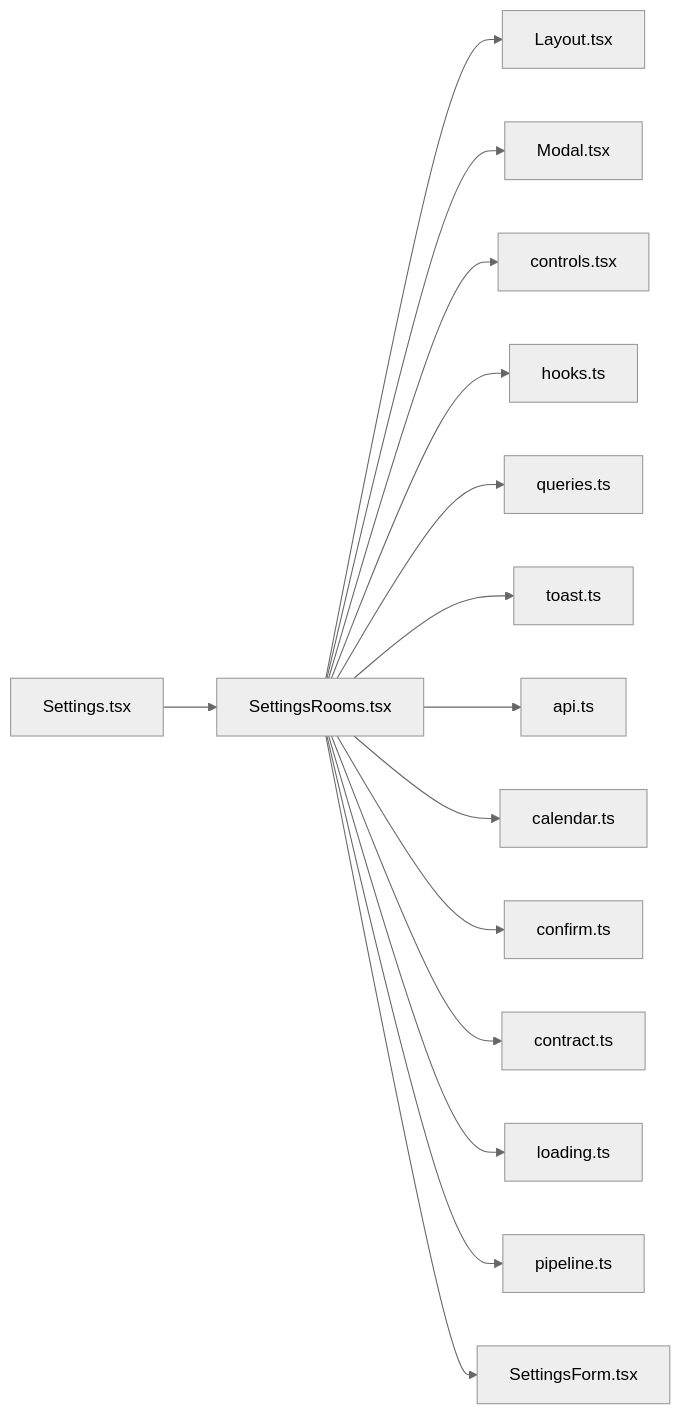
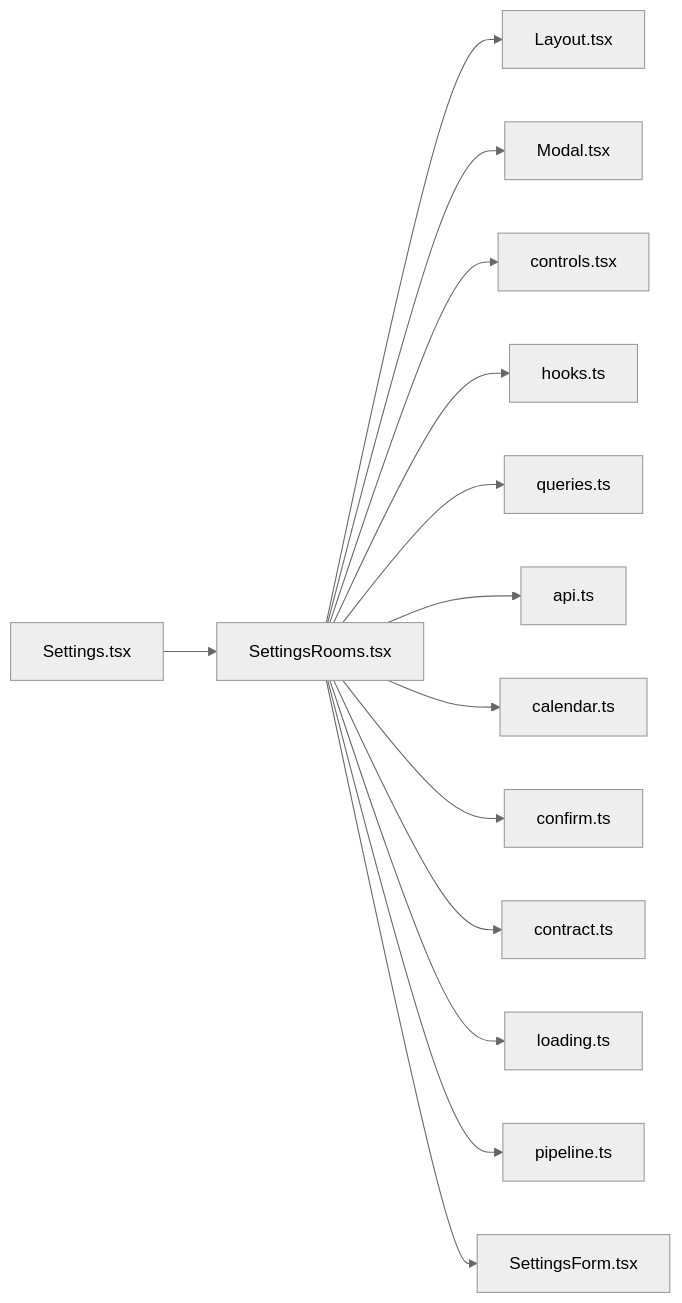
The diagram in .cluedoc/graph/frontend/src/routes/SettingsRooms.md (minkong-dev/Banblit), drawn with Mermaid (neutral theme) before and after one commit. The commit also changed other lines of this file and 15 other files, not shown here.

````diff
--- a/.cluedoc/graph/frontend/src/routes/SettingsRooms.md
+++ b/.cluedoc/graph/frontend/src/routes/SettingsRooms.md
@@ -10,18 +10,17 @@
 ```mermaid
 flowchart LR
   frontend_src_routes_SettingsRooms["SettingsRooms.tsx"]
   frontend_src_routes_SettingsRooms --> frontend_src_components_Layout["Layout.tsx"]
   frontend_src_routes_SettingsRooms --> frontend_src_components_Modal["Modal.tsx"]
   frontend_src_routes_SettingsRooms --> frontend_src_components_controls["controls.tsx"]
   frontend_src_routes_SettingsRooms --> frontend_src_components_hooks["hooks.ts"]
   frontend_src_routes_SettingsRooms --> frontend_src_components_queries["queries.ts"]
-  frontend_src_routes_SettingsRooms --> frontend_src_components_toast["toast.ts"]
   frontend_src_routes_SettingsRooms --> frontend_src_lib_api["api.ts"]
   frontend_src_routes_SettingsRooms --> frontend_src_lib_calendar["calendar.ts"]
   frontend_src_routes_SettingsRooms --> frontend_src_lib_confirm["confirm.ts"]
   frontend_src_routes_SettingsRooms --> frontend_src_lib_contract["contract.ts"]
   frontend_src_routes_SettingsRooms --> frontend_src_lib_loading["loading.ts"]
   frontend_src_routes_SettingsRooms --> frontend_src_lib_pipeline["pipeline.ts"]
   frontend_src_routes_SettingsRooms --> frontend_src_routes_SettingsForm["SettingsForm.tsx"]
   frontend_src_routes_Settings["Settings.tsx"] --> frontend_src_routes_SettingsRooms
 ```
````
